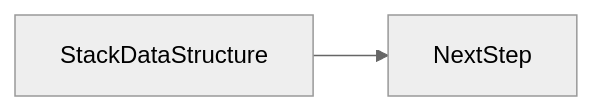
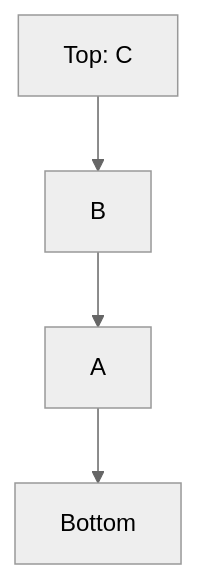
One commit to OmidJavaherii/Frontend-Engineering-Handbook changed the second of 2 diagrams in docs/en/01-computer-science/data-structures/stack-ds/index.md. Above: the diagram before and after it, drawn with Mermaid (neutral theme). The commit also changed other lines of this file and 461 other files, not shown here.

````diff
--- a/docs/en/01-computer-science/data-structures/stack-ds/index.md
+++ b/docs/en/01-computer-science/data-structures/stack-ds/index.md
@@ -95,4 +146,4 @@
 ```mermaid
-flowchart LR
-  concept[StackDataStructure] --> nextStep[NextStep]
+flowchart TD
+  top[Top: C] --> b[B] --> a[A] --> base[Bottom]
 ```
````
